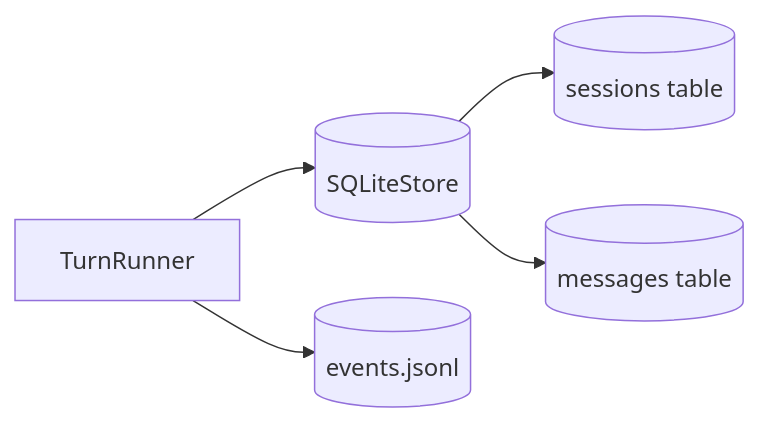
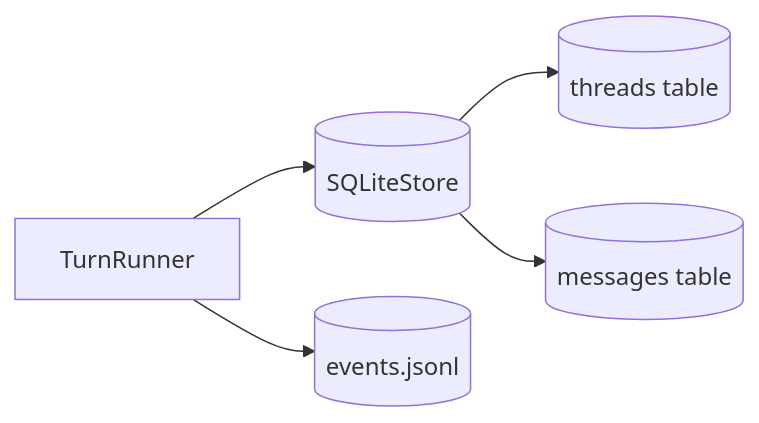
The eighth of 8 diagrams in docs/architecture.md (yao-creative/anti-tech-debt), drawn with Mermaid before and after one commit. The commit also changed other lines of this file and 22 other files, not shown here.

````diff
--- a/docs/architecture.md
+++ b/docs/architecture.md
@@ -291,13 +292,13 @@
 ```mermaid
 flowchart LR
     TurnRunner[TurnRunner]
     SQLite[(SQLiteStore)]
-    Sessions[(sessions table)]
+    Threads[(threads table)]
     Messages[(messages table)]
     EventLog[(events.jsonl)]
 
     TurnRunner --> SQLite
-    SQLite --> Sessions
+    SQLite --> Threads
     SQLite --> Messages
     TurnRunner --> EventLog
 ```
````
